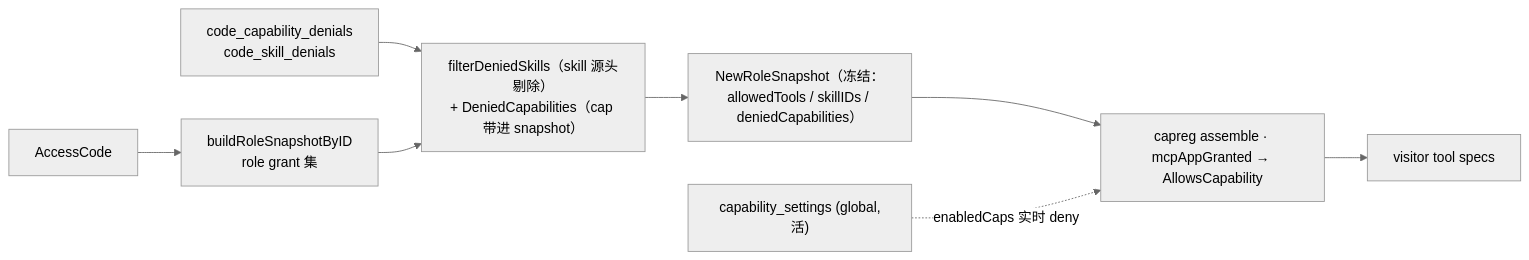
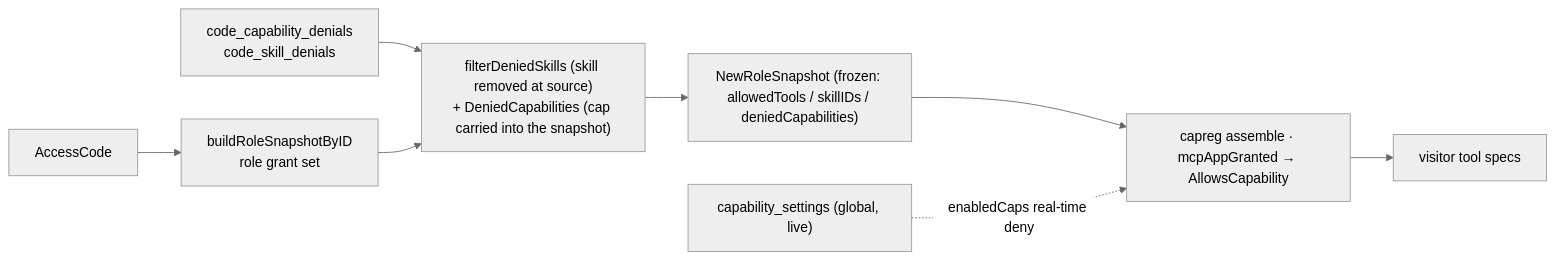
Before and after one commit to atmaxmoj/standmeet: the diagram in docs/design/block-acl-hierarchy.md, drawn with Mermaid (neutral theme). The commit also changed other lines of this file and 57 other files, not shown here.

````diff
--- a/docs/design/block-acl-hierarchy.md
+++ b/docs/design/block-acl-hierarchy.md
@@ -136,10 +136,10 @@
 ```mermaid
 flowchart LR
-  code["AccessCode"] --> roleGrant["buildRoleSnapshotByID<br/>role grant 集"]
+  code["AccessCode"] --> roleGrant["buildRoleSnapshotByID<br/>role grant set"]
   dn["code_capability_denials<br/>code_skill_denials"] --> merge
-  roleGrant --> merge["filterDeniedSkills（skill 源头剔除）<br/>+ DeniedCapabilities（cap 带进 snapshot）"]
-  merge --> snap["NewRoleSnapshot（冻结：allowedTools / skillIDs / deniedCapabilities）"]
+  roleGrant --> merge["filterDeniedSkills (skill removed at source)<br/>+ DeniedCapabilities (cap carried into the snapshot)"]
+  merge --> snap["NewRoleSnapshot (frozen: allowedTools / skillIDs / deniedCapabilities)"]
   snap --> gate["capreg assemble · mcpAppGranted → AllowsCapability"]
-  gset["capability_settings (global,活)"] -.->|enabledCaps 实时 deny| gate
+  gset["capability_settings (global, live)"] -.->|enabledCaps real-time deny| gate
   gate --> tools["visitor tool specs"]
 ```
````
